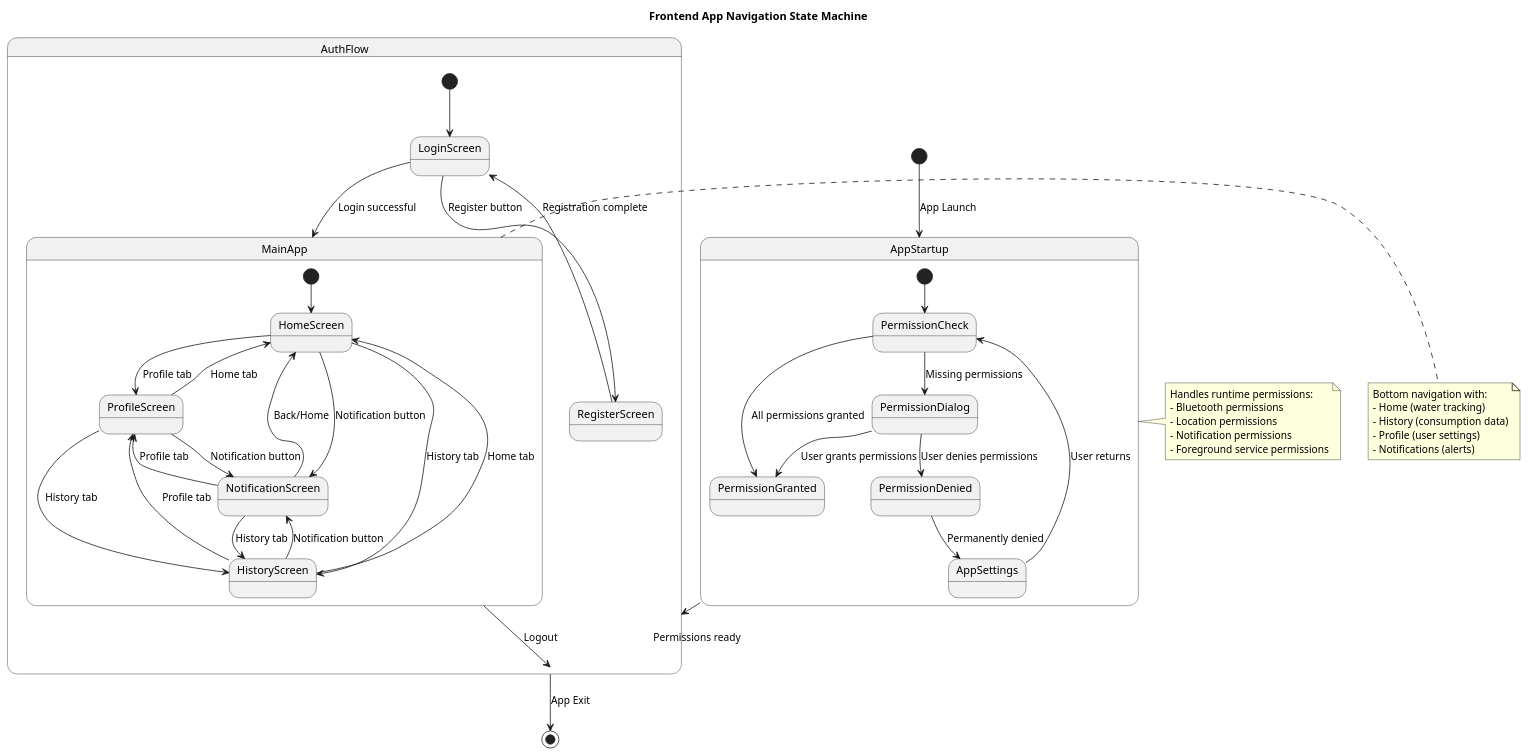
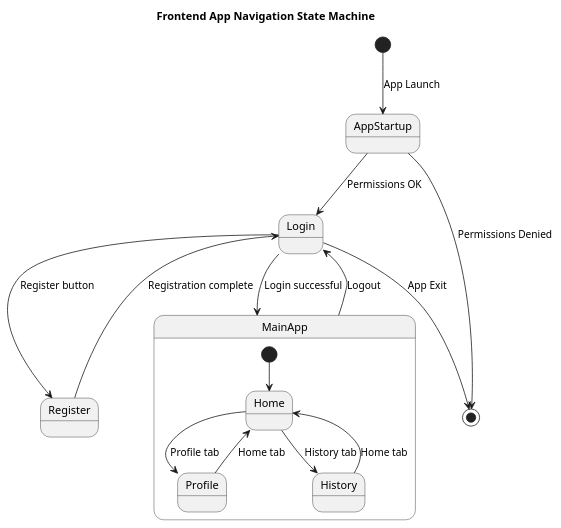
One commit to CS30500/Diagrams changed the diagram in state_diagrams/1_frontend_app_navigation_state_machine.puml. Above: the diagram before and after it, drawn with PlantUML. The commit also changed 6 other files, not shown here.

Commit message:
state diagram

```diff
--- a/state_diagrams/1_frontend_app_navigation_state_machine.puml
+++ b/state_diagrams/1_frontend_app_navigation_state_machine.puml
@@ -1,64 +1,25 @@
 @startuml Frontend App Navigation State Machine
 
 title Frontend App Navigation State Machine
 
 [*] --> AppStartup : App Launch
+AppStartup --> Login : Permissions OK
+AppStartup --> [*] : Permissions Denied
 
-state AppStartup {
-    [*] --> PermissionCheck
-    PermissionCheck --> PermissionGranted : All permissions granted
-    PermissionCheck --> PermissionDialog : Missing permissions
-    PermissionDialog --> PermissionGranted : User grants permissions
-    PermissionDialog --> PermissionDenied : User denies permissions
-    PermissionDenied --> AppSettings : Permanently denied
-    AppSettings --> PermissionCheck : User returns
+Login --> Register : Register button
+Register --> Login : Registration complete
+Login --> MainApp : Login successful
+
+state MainApp {
+    [*] --> Home
+    Home --> Profile : Profile tab
+    Home --> History : History tab
+    
+    Profile --> Home : Home tab
+    History --> Home : Home tab
 }
 
-AppStartup --> AuthFlow : Permissions ready
-
-state AuthFlow {
-    [*] --> LoginScreen
-    LoginScreen --> RegisterScreen : Register button
-    RegisterScreen --> LoginScreen : Registration complete
-    LoginScreen --> MainApp : Login successful
-}
-
-state MainApp {
-    [*] --> HomeScreen
-    HomeScreen --> ProfileScreen : Profile tab
-    HomeScreen --> HistoryScreen : History tab
-    HomeScreen --> NotificationScreen : Notification button
-    
-    ProfileScreen --> HomeScreen : Home tab
-    ProfileScreen --> HistoryScreen : History tab
-    ProfileScreen --> NotificationScreen : Notification button
-    
-    HistoryScreen --> HomeScreen : Home tab
-    HistoryScreen --> ProfileScreen : Profile tab
-    HistoryScreen --> NotificationScreen : Notification button
-    
-    NotificationScreen --> HomeScreen : Back/Home
-    NotificationScreen --> ProfileScreen : Profile tab
-    NotificationScreen --> HistoryScreen : History tab
-}
-
-MainApp --> AuthFlow : Logout
-AuthFlow --> [*] : App Exit
-
-note right of AppStartup
-  Handles runtime permissions:
-  - Bluetooth permissions
-  - Location permissions
-  - Notification permissions
-  - Foreground service permissions
-end note
-
-note right of MainApp
-  Bottom navigation with:
-  - Home (water tracking)
-  - History (consumption data)
-  - Profile (user settings)
-  - Notifications (alerts)
-end note
+MainApp --> Login : Logout
+Login --> [*] : App Exit
 
 @enduml 
```
